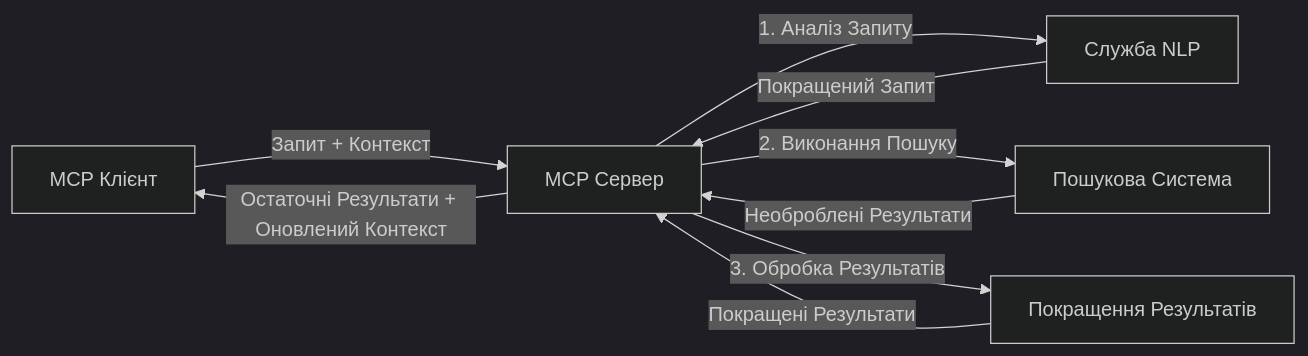
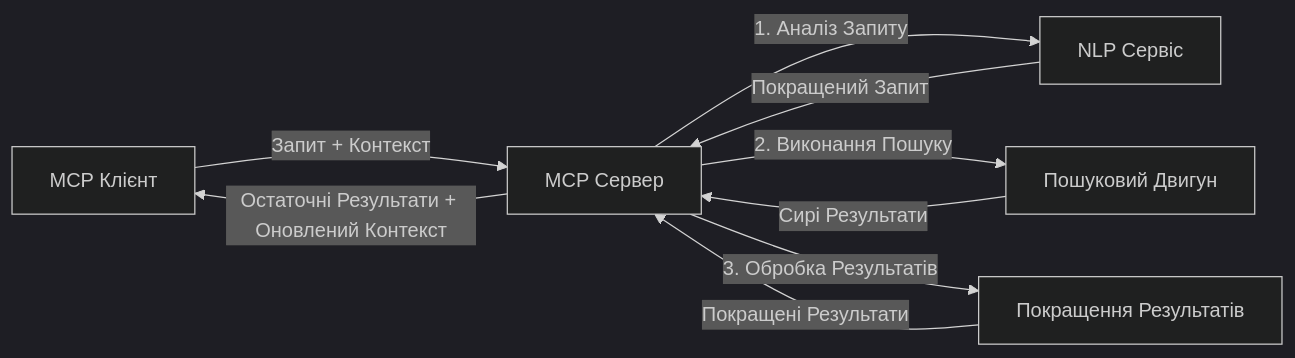
The fourth of 4 diagrams in translations/uk/05-AdvancedTopics/mcp-realtimesearch/README.md (microsoft/mcp-for-beginners), drawn with Mermaid (dark theme) before and after one commit. The commit also changed other lines of this file and 132 other files, not shown here.

````diff
--- a/translations/uk/05-AdvancedTopics/mcp-realtimesearch/README.md
+++ b/translations/uk/05-AdvancedTopics/mcp-realtimesearch/README.md
@@ -626,11 +628,11 @@
 ```mermaid
 graph LR
     Client[MCP Клієнт] --> |Запит + Контекст| Server[MCP Сервер]
-    Server --> |1. Аналіз Запиту| NLP[Служба NLP]
+    Server --> |1. Аналіз Запиту| NLP[NLP Сервіс]
     NLP --> |Покращений Запит| Server
-    Server --> |2. Виконання Пошуку| Search[Пошукова Система]
-    Search --> |Необроблені Результати| Server
+    Server --> |2. Виконання Пошуку| Search[Пошуковий Двигун]
+    Search --> |Сирі Результати| Server
     Server --> |3. Обробка Результатів| Enhancement[Покращення Результатів]
     Enhancement --> |Покращені Результати| Server
     Server --> |Остаточні Результати + Оновлений Контекст| Client
 ```
````
